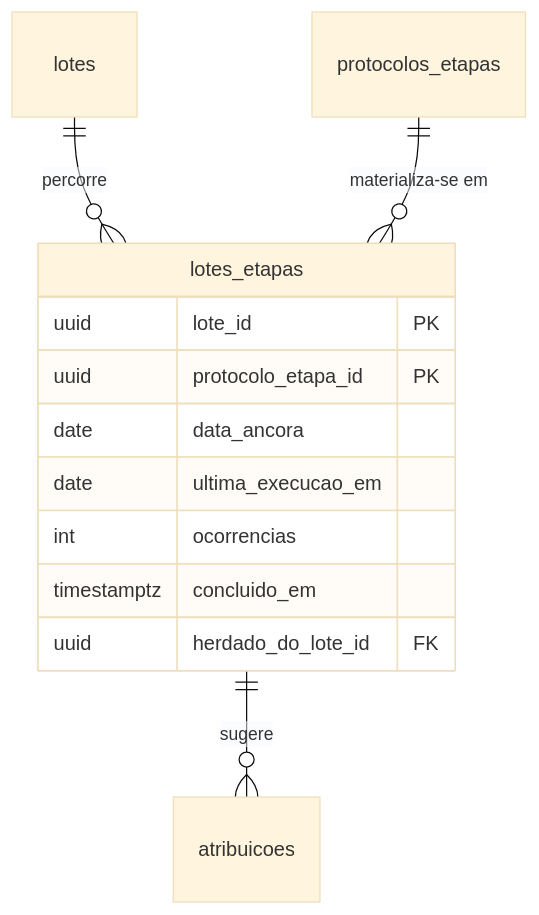
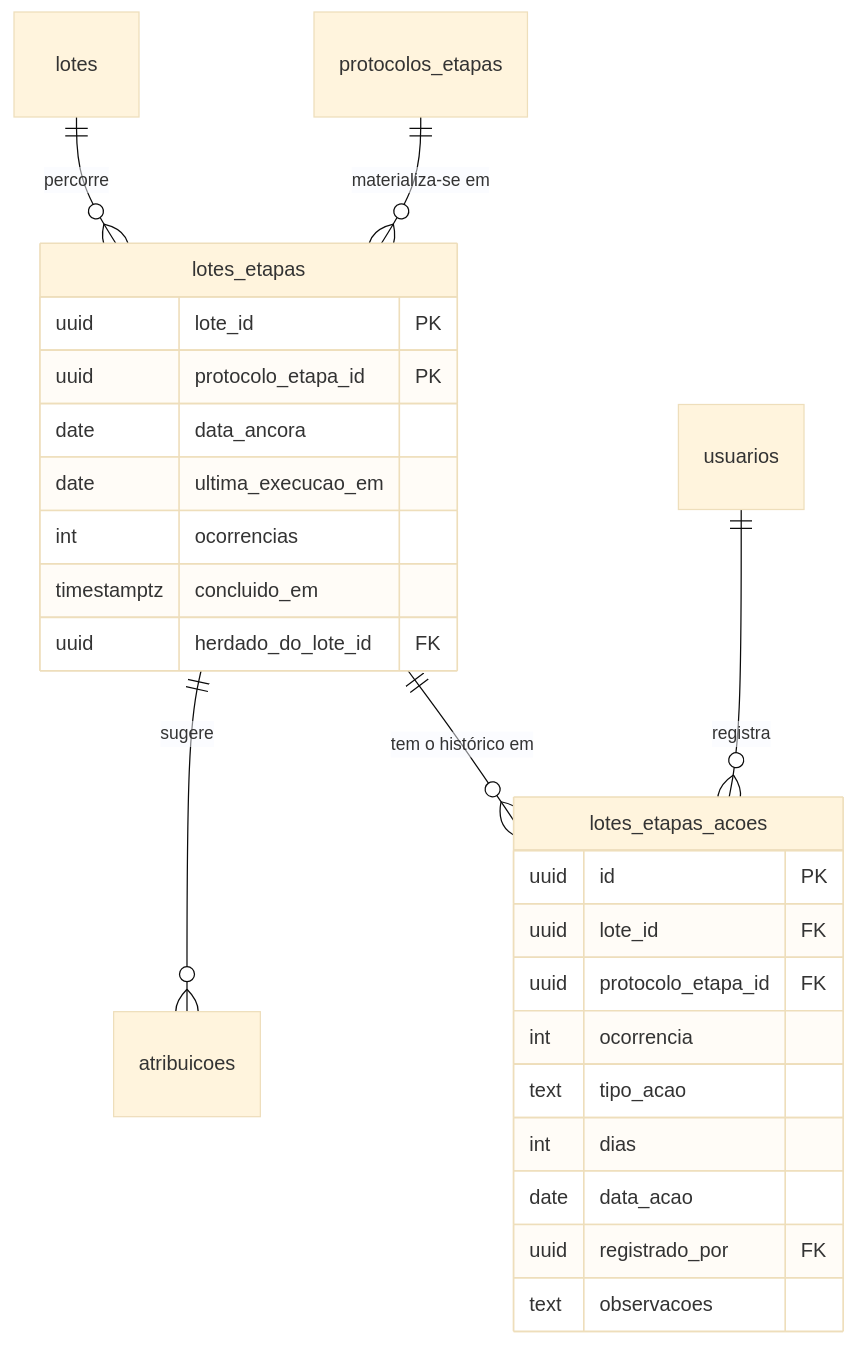
One commit to JoaoMudar/tcc changed the diagram in docs/engenharia/modelo-dados-pt/mmd/fig16-producao-protocolo-do-lote.mmd. Above: the diagram before and after it, drawn with Mermaid (base theme). The commit also changed 56 other files, not shown here.

```diff
--- a/docs/engenharia/modelo-dados-pt/mmd/fig16-producao-protocolo-do-lote.mmd
+++ b/docs/engenharia/modelo-dados-pt/mmd/fig16-producao-protocolo-do-lote.mmd
@@ -1,17 +1,31 @@
 erDiagram
   lotes_etapas {
     uuid        lote_id PK
     uuid        protocolo_etapa_id PK
     date        data_ancora
     date        ultima_execucao_em
     int         ocorrencias
     timestamptz concluido_em
     uuid        herdado_do_lote_id FK
   }
+  lotes_etapas_acoes {
+    uuid id PK
+    uuid lote_id FK
+    uuid protocolo_etapa_id FK
+    int  ocorrencia
+    text tipo_acao
+    int  dias
+    date data_acao
+    uuid registrado_por FK
+    text observacoes
+  }
   lotes {}
   protocolos_etapas {}
   atribuicoes {}
+  usuarios {}
 
   lotes             ||--o{ lotes_etapas : "percorre"
   protocolos_etapas ||--o{ lotes_etapas : "materializa-se em"
   lotes_etapas      ||--o{ atribuicoes  : "sugere"
+  lotes_etapas      ||--o{ lotes_etapas_acoes : "tem o histórico em"
+  usuarios          ||--o{ lotes_etapas_acoes : "registra"
```
